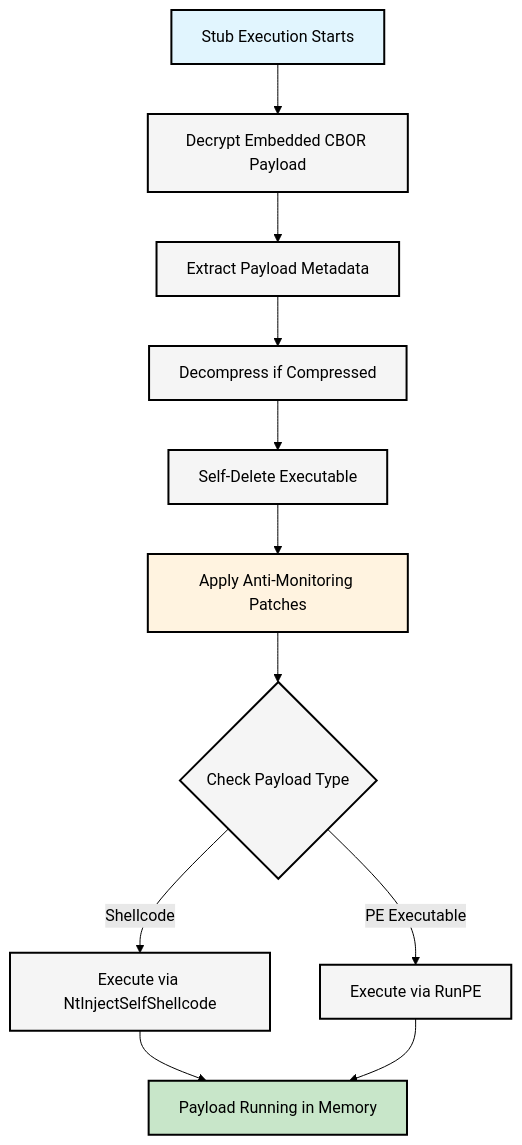
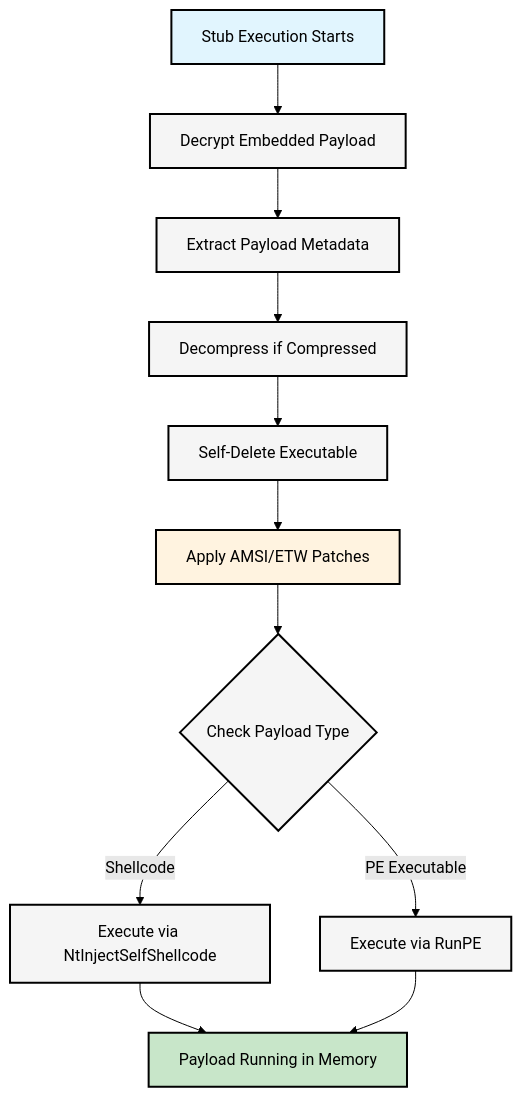
The diagram in README.md (carved4/go-crypter), drawn with Mermaid (forest theme) before and after one commit.

Commit message:
make text fit

````diff
--- a/README.md
+++ b/README.md
@@ -52,24 +52,24 @@
 ```mermaid
 flowchart TD
-    A["Stub Execution Starts"] --> B["Decrypt Embedded CBOR Payload"]
+    A["Stub Execution Starts"] --> B["Decrypt Embedded Payload"]
     B --> C["Extract Payload Metadata"]
     C --> D["Decompress if Compressed"]
     D --> E["Self-Delete Executable"]
-    E --> F["Apply Anti-Monitoring Patches"]
+    E --> F["Apply AMSI/ETW Patches"]
     F --> G{"Check Payload Type"}
     G -->|Shellcode| H["Execute via NtInjectSelfShellcode"]
     G -->|PE Executable| I["Execute via RunPE"]
     H --> J["Payload Running in Memory"]
     I --> J
     
     style A fill:#e1f5fe,stroke:#000,stroke-width:2px,color:#000
     style B fill:#f5f5f5,stroke:#000,stroke-width:2px,color:#000
     style C fill:#f5f5f5,stroke:#000,stroke-width:2px,color:#000
     style D fill:#f5f5f5,stroke:#000,stroke-width:2px,color:#000
     style E fill:#f5f5f5,stroke:#000,stroke-width:2px,color:#000
     style F fill:#fff3e0,stroke:#000,stroke-width:2px,color:#000
     style G fill:#f5f5f5,stroke:#000,stroke-width:2px,color:#000
     style H fill:#f5f5f5,stroke:#000,stroke-width:2px,color:#000
     style I fill:#f5f5f5,stroke:#000,stroke-width:2px,color:#000
     style J fill:#c8e6c9,stroke:#000,stroke-width:2px,color:#000
 ```
````
